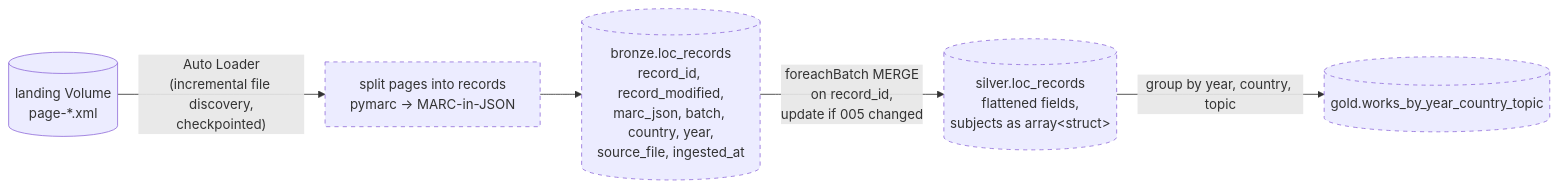
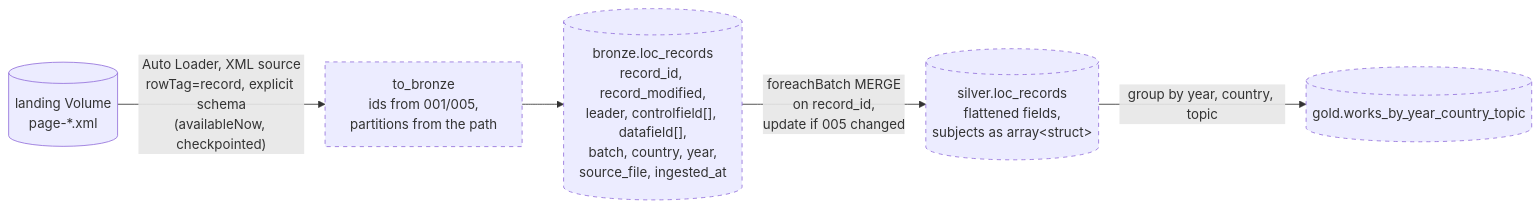
One commit to lawttaro-dev/databricks-lakehouse changed the fifth of 5 diagrams in docs/04-architecture.md. Above: the diagram before and after it, drawn with Mermaid. The commit also changed other lines of this file and 16 other files, not shown here.

First line of the commit message:
feat(bronze): scaffold MARCXML bronze ingestion with Auto Loader

````diff
--- a/docs/04-architecture.md
+++ b/docs/04-architecture.md
@@ -210,10 +211,10 @@
 ```mermaid
 flowchart LR
-    V[("landing Volume<br/>page-*.xml")] -->|"Auto Loader<br/>(incremental file discovery,<br/>checkpointed)"| P["split pages into records<br/>pymarc → MARC-in-JSON"]
-    P --> B[("bronze.loc_records<br/>record_id, record_modified,<br/>marc_json, batch, country, year,<br/>source_file, ingested_at")]
+    V[("landing Volume<br/>page-*.xml")] -->|"Auto Loader, XML source<br/>rowTag=record, explicit schema<br/>(availableNow, checkpointed)"| P["to_bronze<br/>ids from 001/005,<br/>partitions from the path"]
+    P --> B[("bronze.loc_records<br/>record_id, record_modified,<br/>leader, controlfield[], datafield[],<br/>batch, country, year,<br/>source_file, ingested_at")]
     B -->|"foreachBatch MERGE<br/>on record_id,<br/>update if 005 changed"| S[("silver.loc_records<br/>flattened fields,<br/>subjects as array#lt;struct#gt;")]
     S -->|"group by year, country, topic"| G[("gold.works_by_year_country_topic")]
 
     classDef planned stroke-dasharray: 5 5
     class P,B,S,G planned
 ```
````
